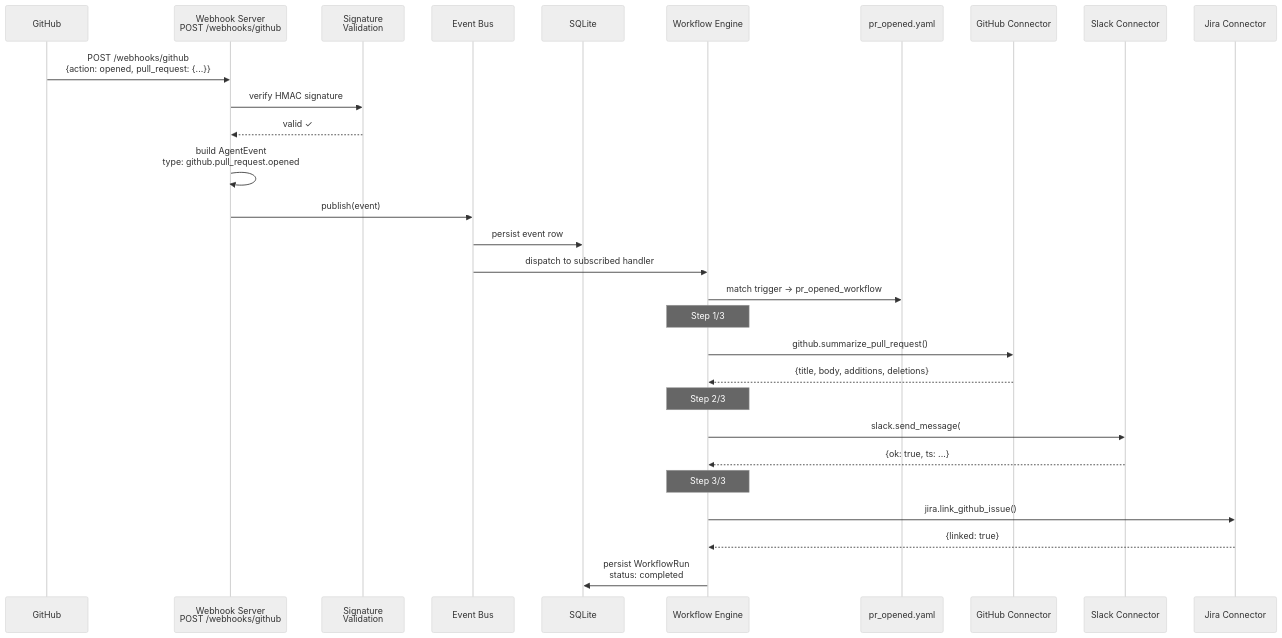
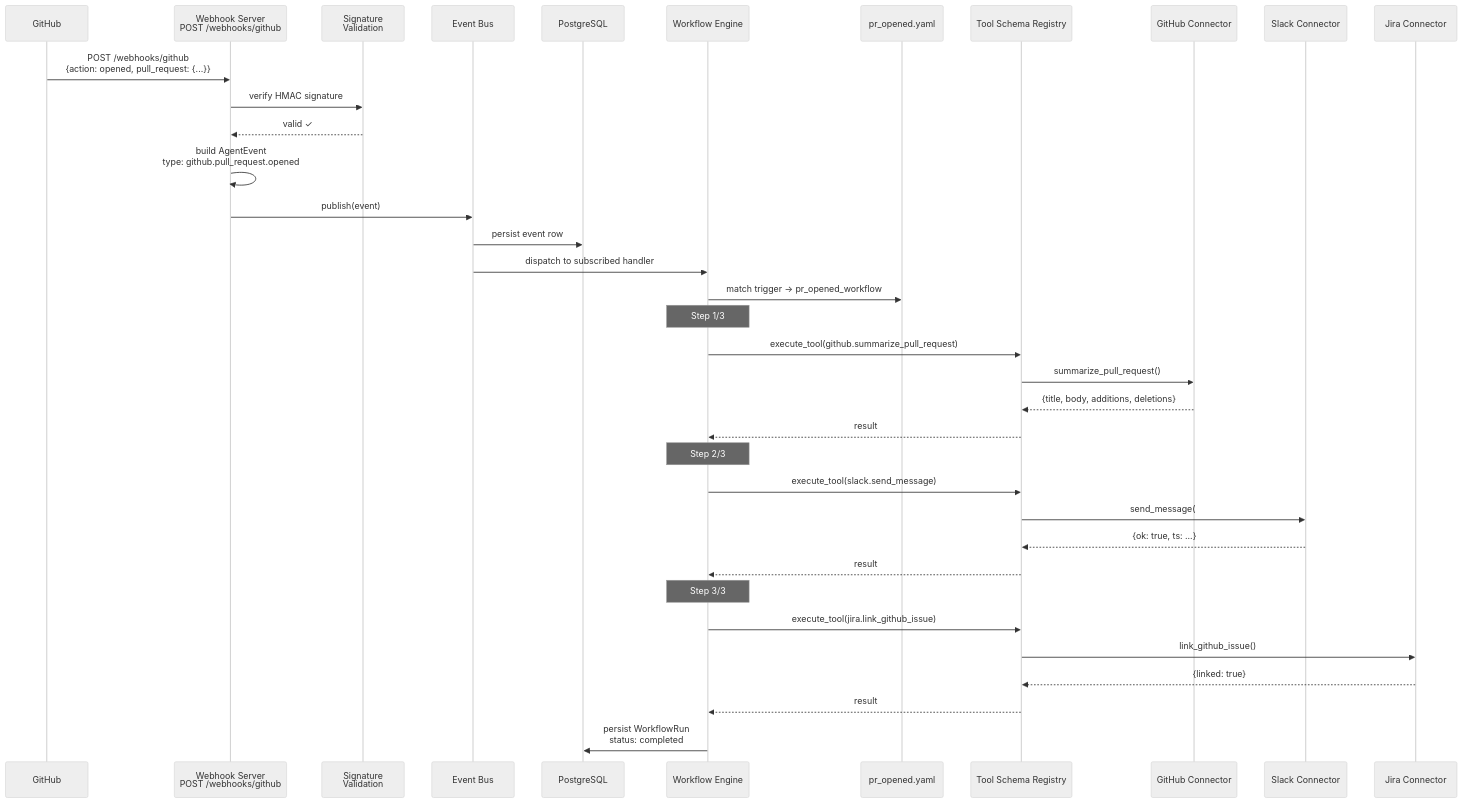
One commit to AnubisRooster/ironclaw-developer-agents changed the third of 5 diagrams in docs/architecture.md. Above: the diagram before and after it, drawn with Mermaid (neutral theme). The commit also changed other lines of this file and 26 other files, not shown here.

````diff
--- a/docs/architecture.md
+++ b/docs/architecture.md
@@ -169,38 +183,45 @@
 ```mermaid
 sequenceDiagram
     participant GH as GitHub
     participant WH as Webhook Server<br/>POST /webhooks/github
     participant Sec as Signature<br/>Validation
     participant Bus as Event Bus
-    participant DB as SQLite
+    participant DB as PostgreSQL
     participant Eng as Workflow Engine
     participant YAML as pr_opened.yaml
+    participant Reg as Tool Schema Registry
     participant GH_C as GitHub Connector
     participant SL_C as Slack Connector
     participant JR_C as Jira Connector
 
     GH->>WH: POST /webhooks/github<br/>{action: opened, pull_request: {...}}
     WH->>Sec: verify HMAC signature
     Sec-->>WH: valid ✓
 
     WH->>WH: build AgentEvent<br/>type: github.pull_request.opened
     WH->>Bus: publish(event)
     Bus->>DB: persist event row
 
     Bus->>Eng: dispatch to subscribed handler
     Eng->>YAML: match trigger → pr_opened_workflow
 
     Note over Eng: Step 1/3
-    Eng->>GH_C: github.summarize_pull_request()
-    GH_C-->>Eng: {title, body, additions, deletions}
+    Eng->>Reg: execute_tool(github.summarize_pull_request)
+    Reg->>GH_C: summarize_pull_request()
+    GH_C-->>Reg: {title, body, additions, deletions}
+    Reg-->>Eng: result
 
     Note over Eng: Step 2/3
-    Eng->>SL_C: slack.send_message(#dev-notifications)
-    SL_C-->>Eng: {ok: true, ts: ...}
+    Eng->>Reg: execute_tool(slack.send_message)
+    Reg->>SL_C: send_message(#dev-notifications)
+    SL_C-->>Reg: {ok: true, ts: ...}
+    Reg-->>Eng: result
 
     Note over Eng: Step 3/3
-    Eng->>JR_C: jira.link_github_issue()
-    JR_C-->>Eng: {linked: true}
+    Eng->>Reg: execute_tool(jira.link_github_issue)
+    Reg->>JR_C: link_github_issue()
+    JR_C-->>Reg: {linked: true}
+    Reg-->>Eng: result
 
     Eng->>DB: persist WorkflowRun<br/>status: completed
 ```
````
